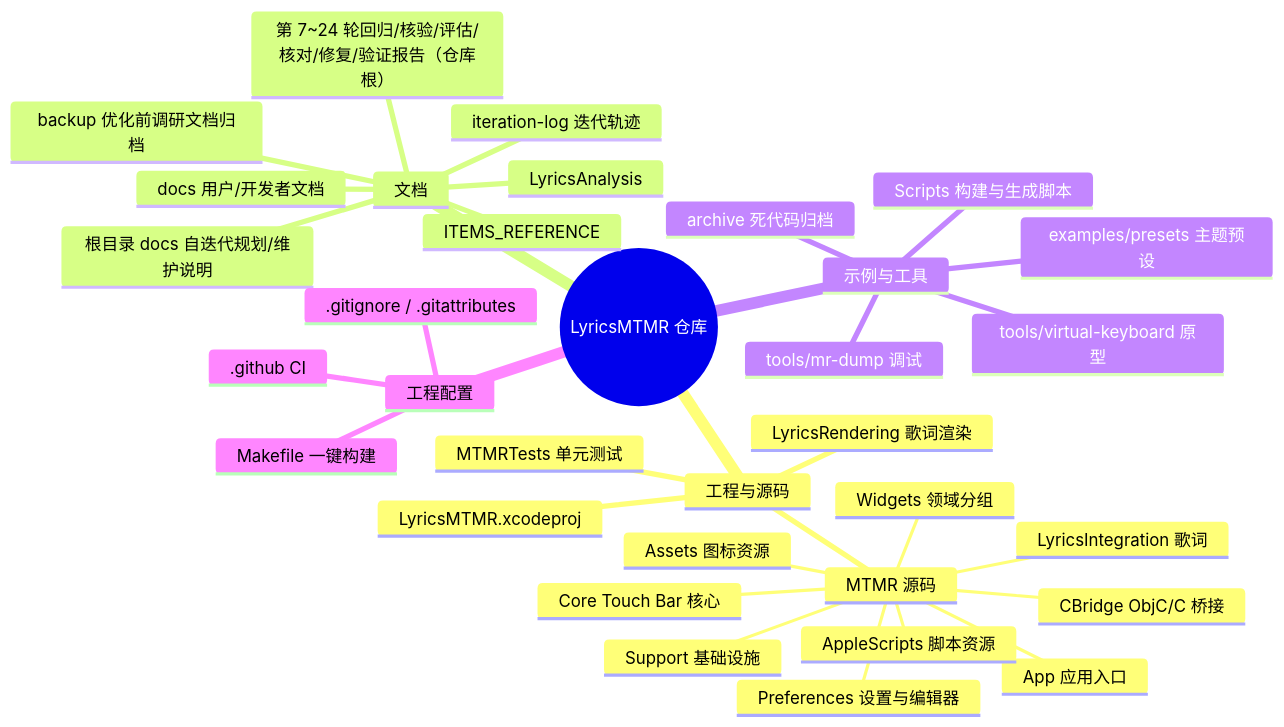
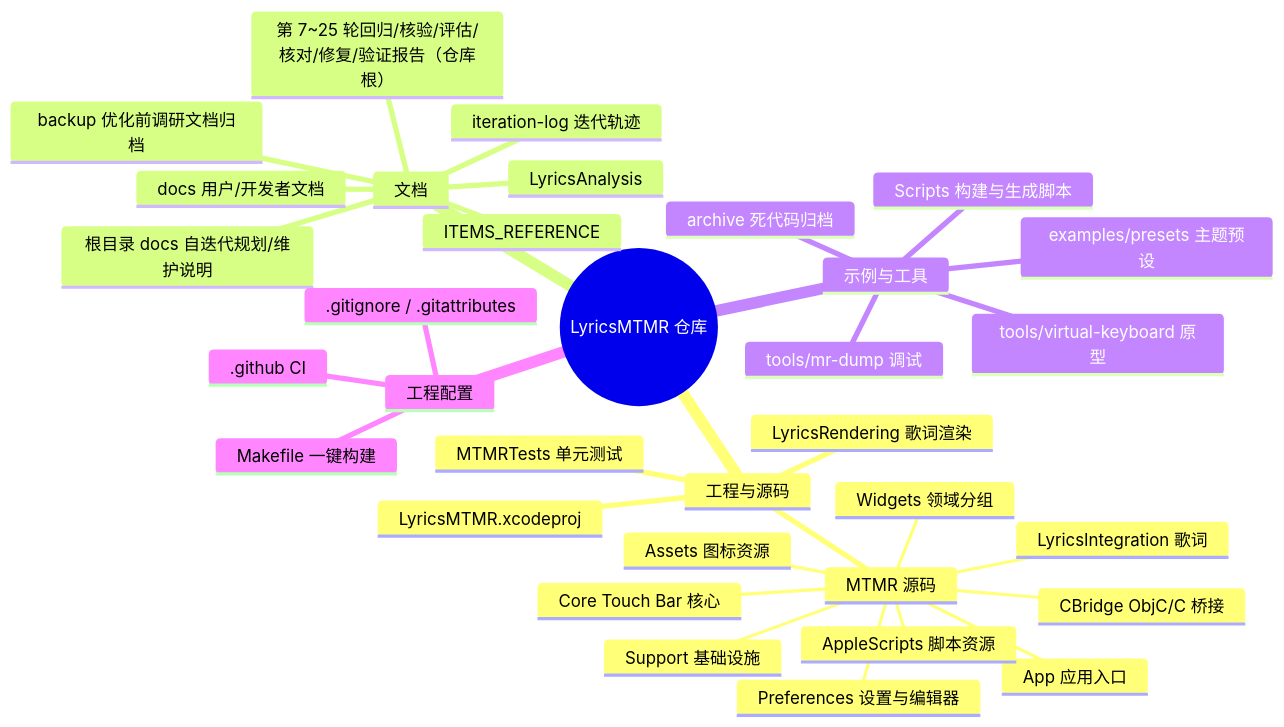
Before and after one commit to Tangzishun-Li/LyricsMTMR: the first of 2 diagrams in LyricsMTMR/docs/file-structure.zh.md, drawn with Mermaid. The commit also changed other lines of this file and 3 other files, not shown here.

````diff
--- a/LyricsMTMR/docs/file-structure.zh.md
+++ b/LyricsMTMR/docs/file-structure.zh.md
@@ -10,36 +10,36 @@
 ```mermaid
 mindmap
   root((LyricsMTMR 仓库))
     工程与源码
       LyricsMTMR.xcodeproj
       MTMR 源码
         App 应用入口
         Core Touch Bar 核心
         Support 基础设施
         Widgets 领域分组
         Preferences 设置与编辑器
         LyricsIntegration 歌词
         CBridge ObjC/C 桥接
         AppleScripts 脚本资源
         Assets 图标资源
       LyricsRendering 歌词渲染
       MTMRTests 单元测试
     文档
       docs 用户/开发者文档
       ITEMS_REFERENCE
       LyricsAnalysis
       backup 优化前调研文档归档
       iteration-log 迭代轨迹
       根目录 docs 自迭代规划/维护说明
-      第 7~24 轮回归/核验/评估/核对/修复/验证报告（仓库根）
+      第 7~25 轮回归/核验/评估/核对/修复/验证报告（仓库根）
     示例与工具
       examples/presets 主题预设
       tools/mr-dump 调试
       tools/virtual-keyboard 原型
       Scripts 构建与生成脚本
       archive 死代码归档
     工程配置
       .github CI
       .gitignore / .gitattributes
       Makefile 一键构建
 ```
````
